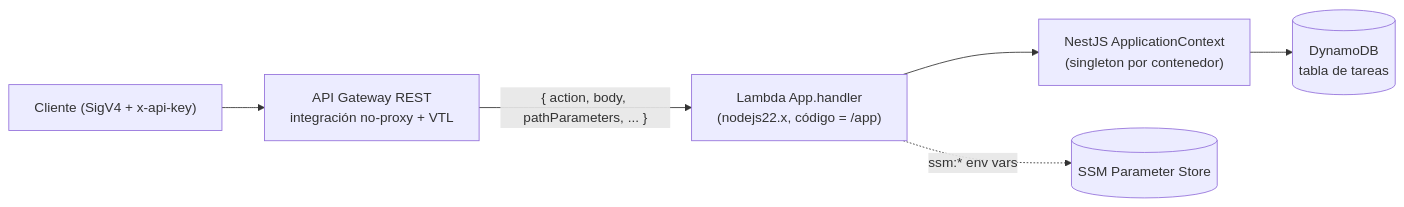
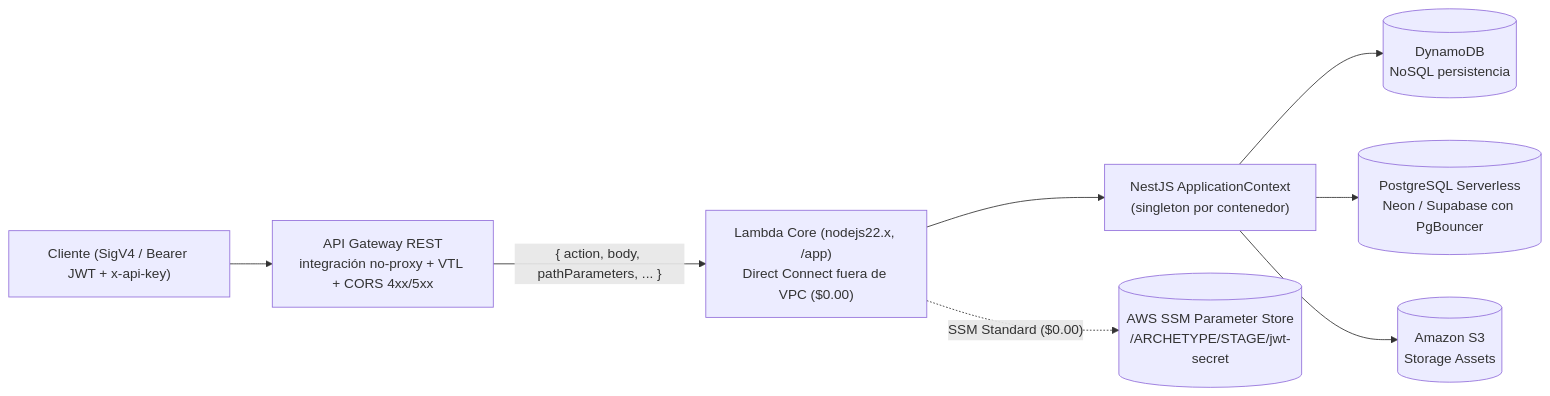
One commit to ricardogenaro99/aws-cdk-nestjs-archetype-template changed the first of 3 diagrams in ARCHITECTURE.md. Above: the diagram before and after it, drawn with Mermaid. The commit also changed other lines of this file and 2 other files, not shown here.

Commit message:
docs(ssot): document zero-cost serverless neon topology and dual connection pooling

````diff
--- a/ARCHITECTURE.md
+++ b/ARCHITECTURE.md
@@ -9,8 +9,10 @@
 ```mermaid
 flowchart LR
-    Client["Cliente (SigV4 + x-api-key)"] --> APIGW["API Gateway REST<br/>integración no-proxy + VTL"]
-    APIGW -->|"{ action, body, pathParameters, ... }"| Lambda["Lambda App.handler<br/>(nodejs22.x, código = /app)"]
+    Client["Cliente (SigV4 / Bearer JWT + x-api-key)"] --> APIGW["API Gateway REST<br/>integración no-proxy + VTL + CORS 4xx/5xx"]
+    APIGW -->|"{ action, body, pathParameters, ... }"| Lambda["Lambda Core (nodejs22.x, /app)<br/>Direct Connect fuera de VPC ($0.00)"]
     Lambda --> Nest["NestJS ApplicationContext<br/>(singleton por contenedor)"]
-    Nest --> DDB[("DynamoDB<br/>tabla de tareas")]
-    Lambda -. "ssm:* env vars" .-> SSM[("SSM Parameter Store")]
+    Nest --> DDB[("DynamoDB<br/>NoSQL persistencia")]
+    Nest --> PG[("PostgreSQL Serverless<br/>Neon / Supabase con PgBouncer")]
+    Nest --> S3[("Amazon S3<br/>Storage Assets")]
+    Lambda -. "SSM Standard ($0.00)" .-> SSM[("AWS SSM Parameter Store<br/>/ARCHETYPE/STAGE/jwt-secret")]
 ```
````
